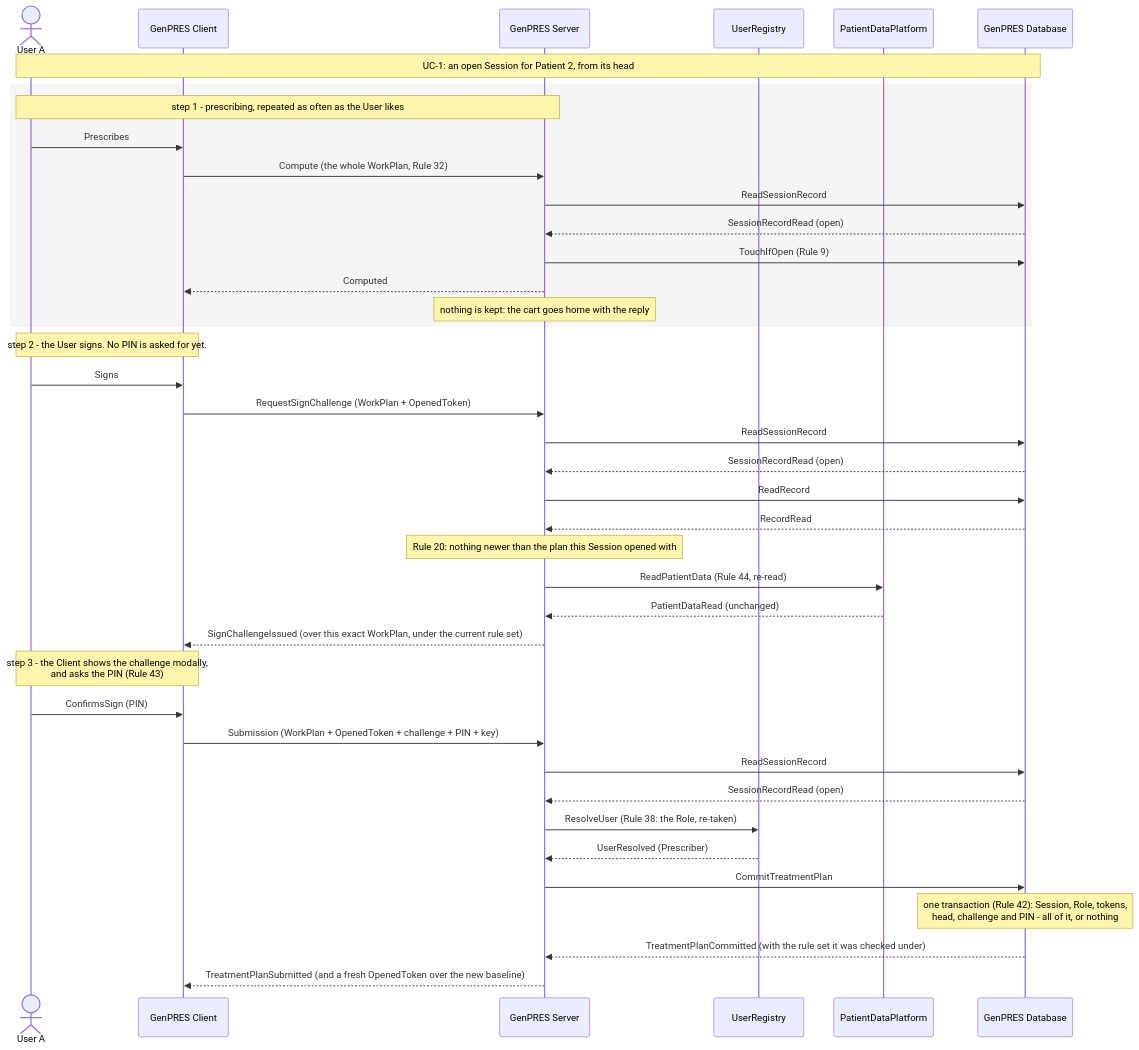
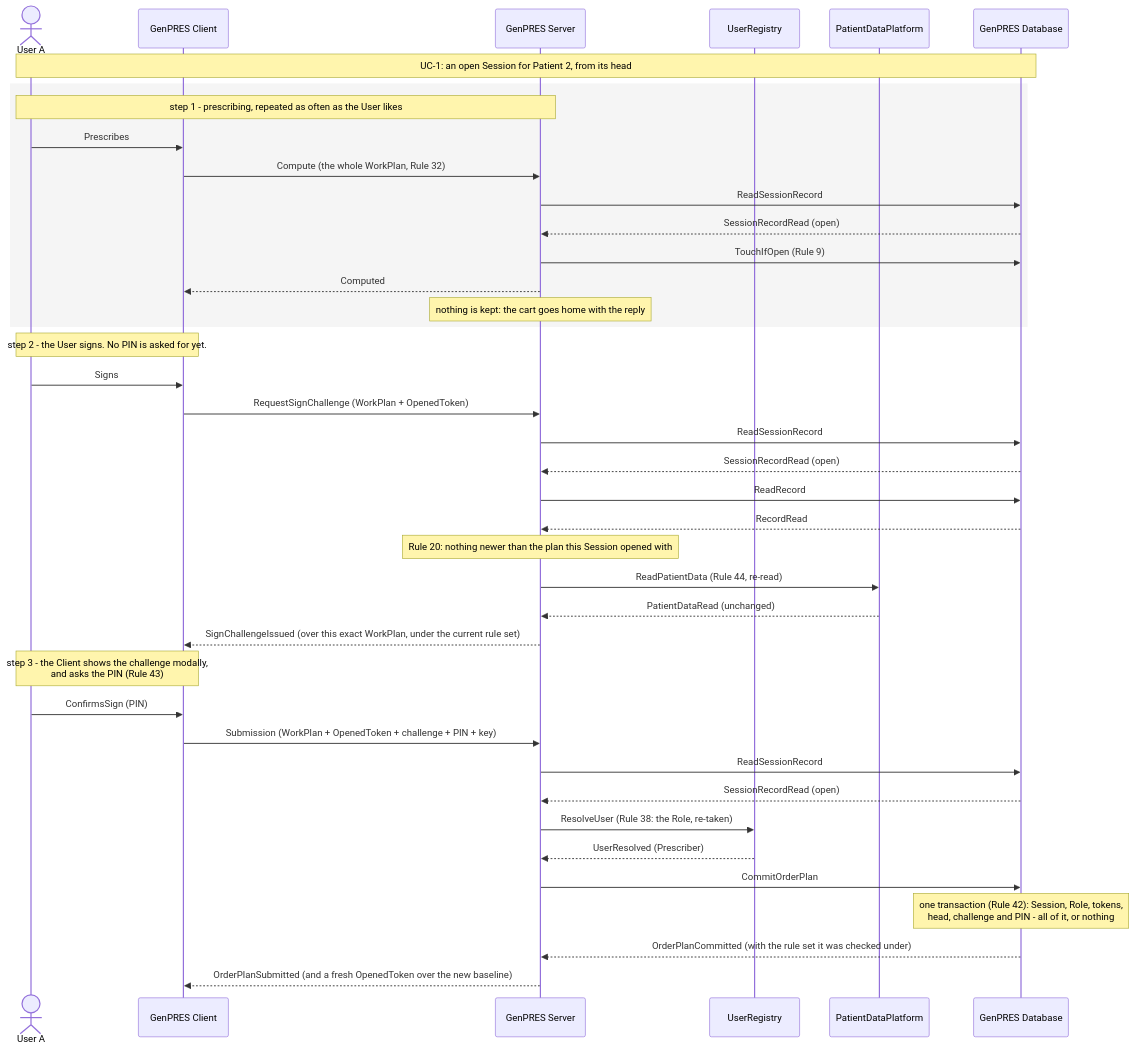
The first of 2 diagrams in docs/scenarios/integration/uc-03-prescribe-and-sign.md (informedica/GenPRES), drawn with Mermaid before and after one commit. The commit also changed other lines of this file and 11 other files, not shown here.

First line of the commit message:
docs: call the integration design's TreatmentPlan OrderPlan

````diff
--- a/docs/scenarios/integration/uc-03-prescribe-and-sign.md
+++ b/docs/scenarios/integration/uc-03-prescribe-and-sign.md
@@ -10,46 +10,46 @@
 ```mermaid
 sequenceDiagram
     actor U as User A
     participant C as GenPRES Client
     participant S as GenPRES Server
     participant R as UserRegistry
     participant P as PatientDataPlatform
     participant D as GenPRES Database
 
     Note over U,D: UC-1: an open Session for Patient 2, from its head
 
     rect rgb(245,245,245)
     Note over U,S: step 1 - prescribing, repeated as often as the User likes
     U->>C: Prescribes
     C->>S: Compute (the whole WorkPlan, Rule 32)
     S->>D: ReadSessionRecord
     D-->>S: SessionRecordRead (open)
     S->>D: TouchIfOpen (Rule 9)
     S-->>C: Computed
     Note over S: nothing is kept: the cart goes home with the reply
     end
 
     Note over U,C: step 2 - the User signs. No PIN is asked for yet.
     U->>C: Signs
     C->>S: RequestSignChallenge (WorkPlan + OpenedToken)
     S->>D: ReadSessionRecord
     D-->>S: SessionRecordRead (open)
     S->>D: ReadRecord
     D-->>S: RecordRead
     Note over S: Rule 20: nothing newer than the plan this Session opened with
     S->>P: ReadPatientData (Rule 44, re-read)
     P-->>S: PatientDataRead (unchanged)
     S-->>C: SignChallengeIssued (over this exact WorkPlan, under the current rule set)
 
     Note over U,C: step 3 - the Client shows the challenge modally,<br/>and asks the PIN (Rule 43)
     U->>C: ConfirmsSign (PIN)
     C->>S: Submission (WorkPlan + OpenedToken + challenge + PIN + key)
     S->>D: ReadSessionRecord
     D-->>S: SessionRecordRead (open)
     S->>R: ResolveUser (Rule 38: the Role, re-taken)
     R-->>S: UserResolved (Prescriber)
-    S->>D: CommitTreatmentPlan
+    S->>D: CommitOrderPlan
     Note over D: one transaction (Rule 42): Session, Role, tokens,<br/>head, challenge and PIN - all of it, or nothing
-    D-->>S: TreatmentPlanCommitted (with the rule set it was checked under)
-    S-->>C: TreatmentPlanSubmitted (and a fresh OpenedToken over the new baseline)
+    D-->>S: OrderPlanCommitted (with the rule set it was checked under)
+    S-->>C: OrderPlanSubmitted (and a fresh OpenedToken over the new baseline)
 ```
````
